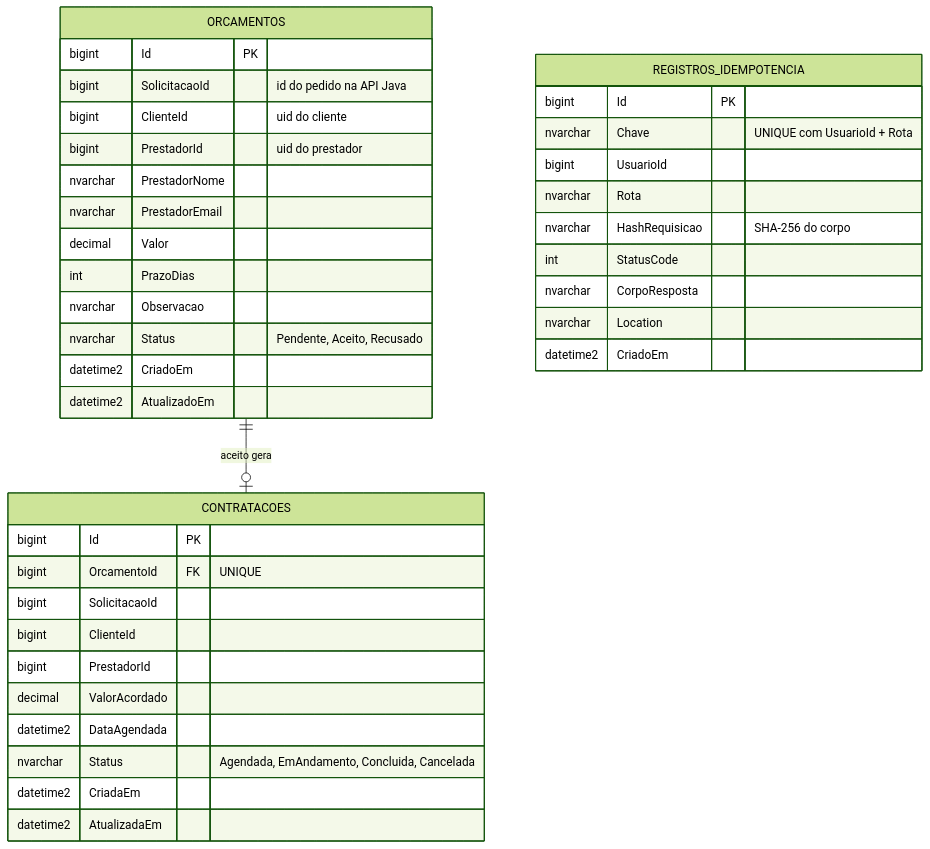
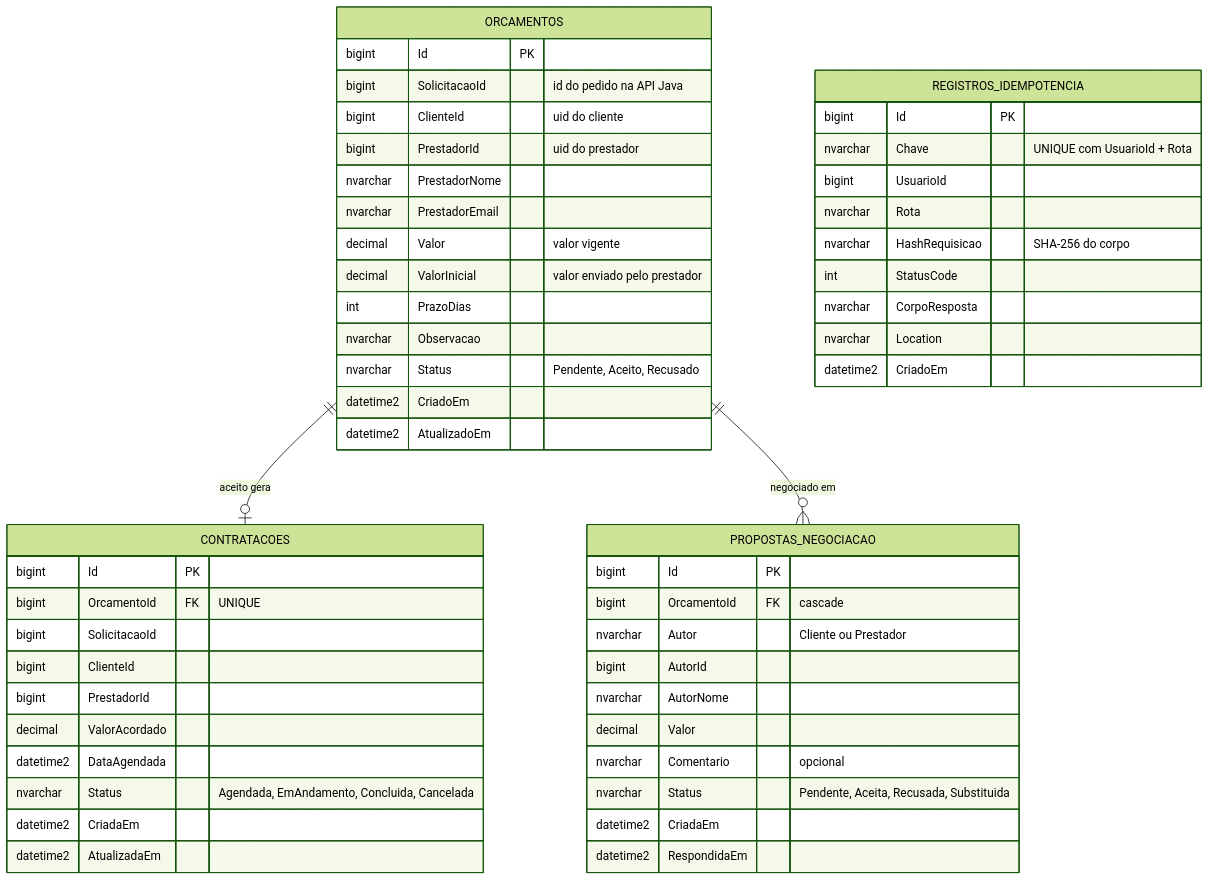
One commit to kaiky06301/bico-certo-dotnet changed the second of 5 diagrams in README.md. Above: the diagram before and after it, drawn with Mermaid (forest theme). The commit also changed other lines of this file and 14 other files, not shown here.

First line of the commit message:
Adiciona negociacao de valor do orcamento entre cliente e prestador

````diff
--- a/README.md
+++ b/README.md
@@ -88,41 +89,55 @@
 ```mermaid
 erDiagram
     ORCAMENTOS ||--o| CONTRATACOES : "aceito gera"
+    ORCAMENTOS ||--o{ PROPOSTAS_NEGOCIACAO : "negociado em"
     ORCAMENTOS {
         bigint Id PK
         bigint SolicitacaoId "id do pedido na API Java"
         bigint ClienteId "uid do cliente"
         bigint PrestadorId "uid do prestador"
         nvarchar PrestadorNome
         nvarchar PrestadorEmail
-        decimal Valor
+        decimal Valor "valor vigente"
+        decimal ValorInicial "valor enviado pelo prestador"
         int PrazoDias
         nvarchar Observacao
         nvarchar Status "Pendente, Aceito, Recusado"
         datetime2 CriadoEm
         datetime2 AtualizadoEm
+    }
+    PROPOSTAS_NEGOCIACAO {
+        bigint Id PK
+        bigint OrcamentoId FK "cascade"
+        nvarchar Autor "Cliente ou Prestador"
+        bigint AutorId
+        nvarchar AutorNome
+        decimal Valor
+        nvarchar Comentario "opcional"
+        nvarchar Status "Pendente, Aceita, Recusada, Substituida"
+        datetime2 CriadaEm
+        datetime2 RespondidaEm
     }
     CONTRATACOES {
         bigint Id PK
         bigint OrcamentoId FK "UNIQUE"
         bigint SolicitacaoId
         bigint ClienteId
         bigint PrestadorId
         decimal ValorAcordado
         datetime2 DataAgendada
         nvarchar Status "Agendada, EmAndamento, Concluida, Cancelada"
         datetime2 CriadaEm
         datetime2 AtualizadaEm
     }
     REGISTROS_IDEMPOTENCIA {
         bigint Id PK
         nvarchar Chave "UNIQUE com UsuarioId + Rota"
         bigint UsuarioId
         nvarchar Rota
         nvarchar HashRequisicao "SHA-256 do corpo"
         int StatusCode
         nvarchar CorpoResposta
         nvarchar Location
         datetime2 CriadoEm
     }
 ```
````
